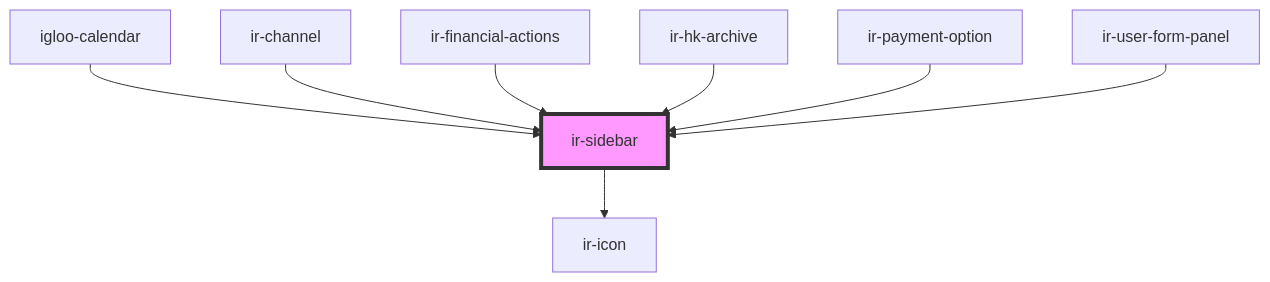
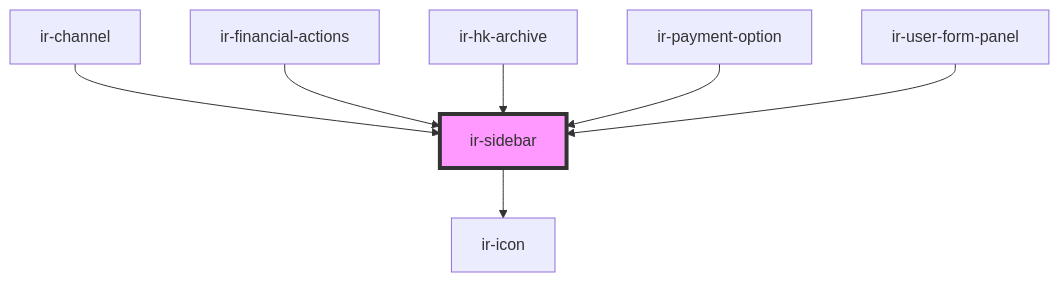
Before and after one commit to RonyRizk/ir-webcmp: the diagram in src/components/ui/ir-sidebar/readme.md, drawn with Mermaid. The commit also changed other lines of this file and 857 other files, not shown here.

````diff
--- a/src/components/ui/ir-sidebar/readme.md
+++ b/src/components/ui/ir-sidebar/readme.md
@@ -67,11 +66,10 @@
 ```mermaid
 graph TD;
   ir-sidebar --> ir-icon
-  igloo-calendar --> ir-sidebar
   ir-channel --> ir-sidebar
   ir-financial-actions --> ir-sidebar
   ir-hk-archive --> ir-sidebar
   ir-payment-option --> ir-sidebar
   ir-user-form-panel --> ir-sidebar
   style ir-sidebar fill:#f9f,stroke:#333,stroke-width:4px
 ```
````
